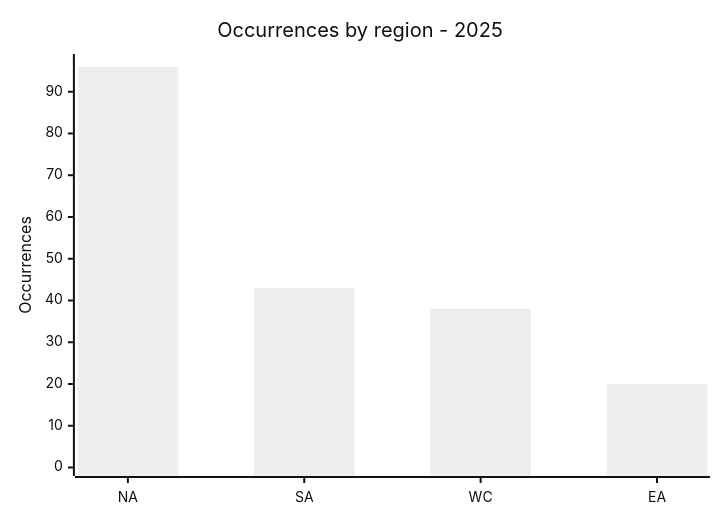
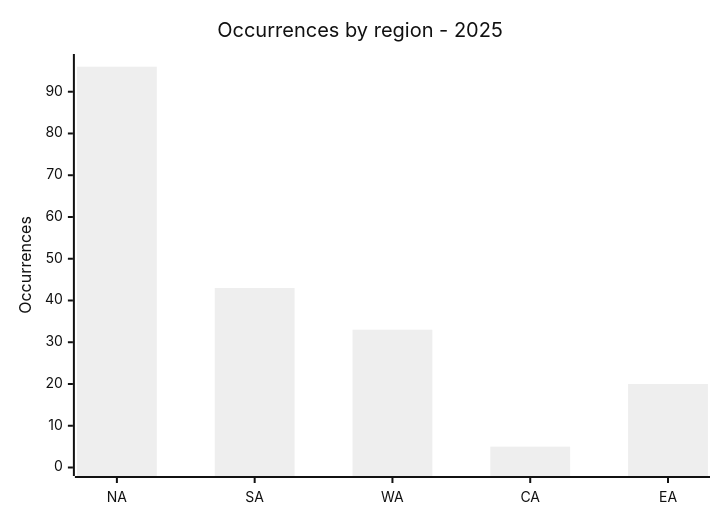
One commit to Hatchepsoute/AFRINTEL changed the third of 7 diagrams in CyberAttackAfrica/2025/README.md. Above: the diagram before and after it, drawn with Mermaid (neutral theme). The commit also changed other lines of this file and 109 other files, not shown here.

````diff
--- a/CyberAttackAfrica/2025/README.md
+++ b/CyberAttackAfrica/2025/README.md
@@ -204,7 +205,7 @@
 ```mermaid
 xychart
     title "Occurrences by region - 2025"
-    x-axis ["NA","SA","WC","EA"]
+    x-axis ["NA","SA","WA","CA","EA"]
     y-axis "Occurrences" 0 --> 97
-    bar [96,43,38,20]
+    bar [96,43,33,5,20]
 ```
````
